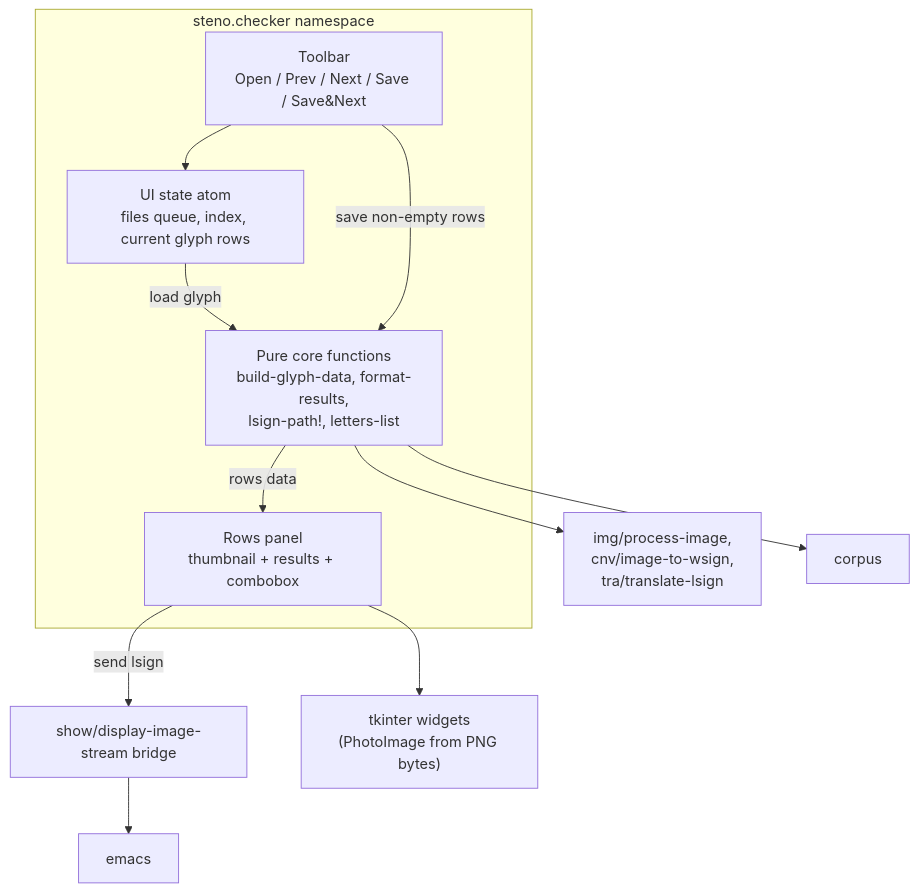
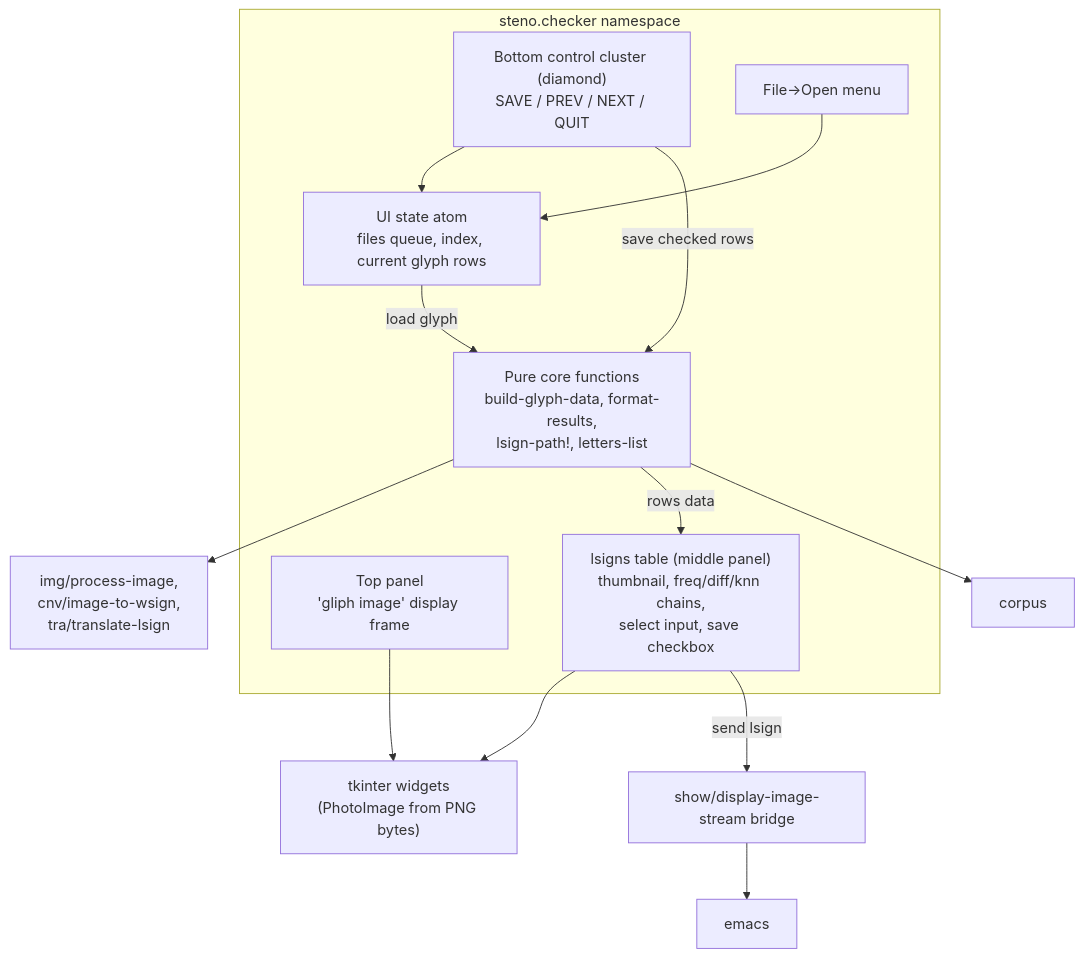
Before and after one commit to dpom/steno: the second of 2 diagrams in openspec/changes/gui-translator-checker/design.md, drawn with Mermaid. The commit also changed other lines of this file and 4 other files, not shown here.

````diff
--- a/openspec/changes/gui-translator-checker/design.md
+++ b/openspec/changes/gui-translator-checker/design.md
@@ -55,20 +55,24 @@
 ```mermaid
 flowchart TB
     subgraph app["steno.checker namespace"]
-        toolbar["Toolbar<br/>Open / Prev / Next / Save / Save&Next"]
-        rows["Rows panel<br/>thumbnail + results + combobox"]
+        glyphframe["Top panel<br/>'gliph image' display frame"]
+        table["lsigns table (middle panel)<br/>thumbnail, freq/diff/knn chains,<br/>select input, save checkbox"]
+        cluster["Bottom control cluster (diamond)<br/>SAVE / PREV / NEXT / QUIT"]
+        menu["File→Open menu"]
         state["UI state atom<br/>files queue, index, current glyph rows"]
         pure["Pure core functions<br/>build-glyph-data, format-results,<br/>lsign-path!, letters-list"]
     end
 
     pipeline2["img/process-image,<br/>cnv/image-to-wsign,<br/>tra/translate-lsign"]
     showb["show/display-image-stream bridge"]
     tk["tkinter widgets<br/>(PhotoImage from PNG bytes)"]
 
-    toolbar --> state
+    glyphframe --> tk
+    table --> tk
+    cluster --> state
+    menu --> state
     state -->|"load glyph"| pure --> pipeline2
-    pure -->|"rows data"| rows
-    rows --> tk
-    rows -- "send lsign" --> showb --> emacs
-    toolbar -- "save non-empty rows" --> pure --> corpus
+    pure -->|"rows data"| table
+    table -- "send lsign" --> showb --> emacs
+    cluster -- "save checked rows" --> pure --> corpus
 ```
````
